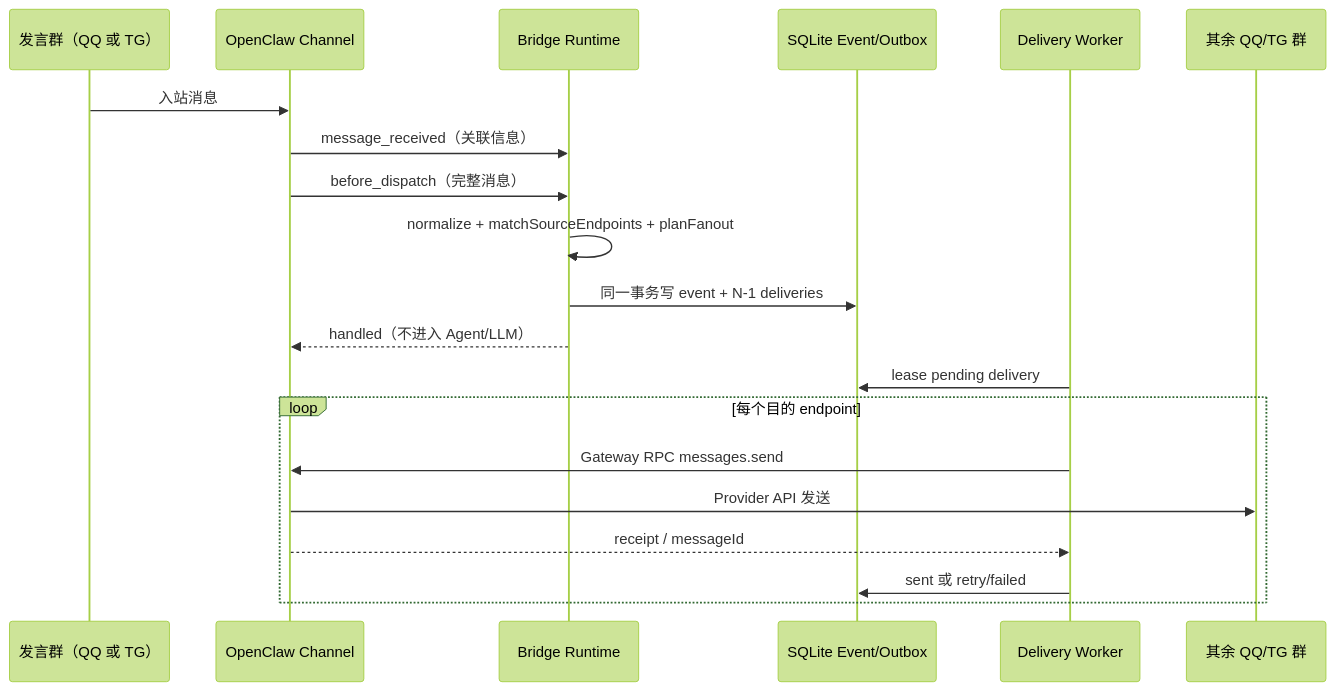
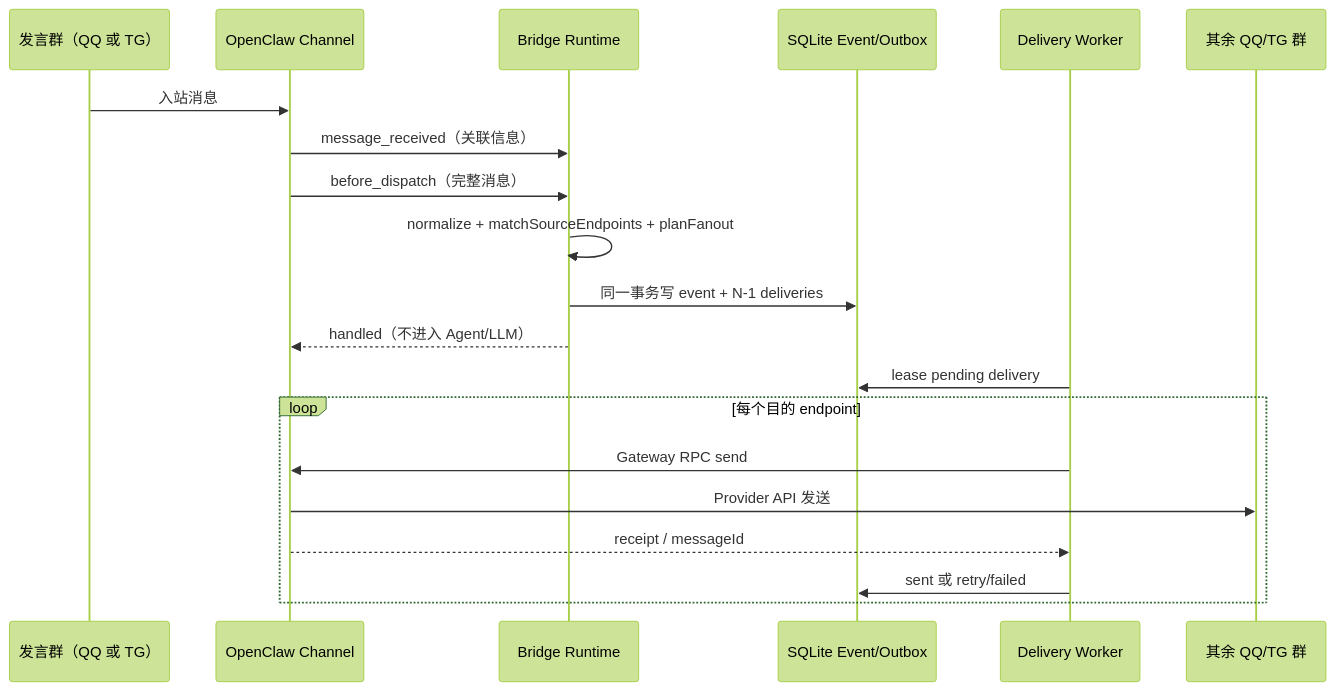
Before and after one commit to hhhaiai/channel-gateway: the second of 5 diagrams in docs/架构与交互图.md, drawn with Mermaid (forest theme). The commit also changed 20 other files, not shown here.

````diff
--- a/docs/架构与交互图.md
+++ b/docs/架构与交互图.md
@@ -29,23 +29,23 @@
 ```mermaid
 sequenceDiagram
   participant A as 发言群（QQ 或 TG）
   participant C as OpenClaw Channel
   participant B as Bridge Runtime
   participant S as SQLite Event/Outbox
   participant W as Delivery Worker
   participant D as 其余 QQ/TG 群
 
   A->>C: 入站消息
   C->>B: message_received（关联信息）
   C->>B: before_dispatch（完整消息）
   B->>B: normalize + matchSourceEndpoints + planFanout
   B->>S: 同一事务写 event + N-1 deliveries
   B-->>C: handled（不进入 Agent/LLM）
   W->>S: lease pending delivery
   loop 每个目的 endpoint
-    W->>C: Gateway RPC messages.send
+    W->>C: Gateway RPC send
     C->>D: Provider API 发送
     C-->>W: receipt / messageId
     W->>S: sent 或 retry/failed
   end
 ```
````
